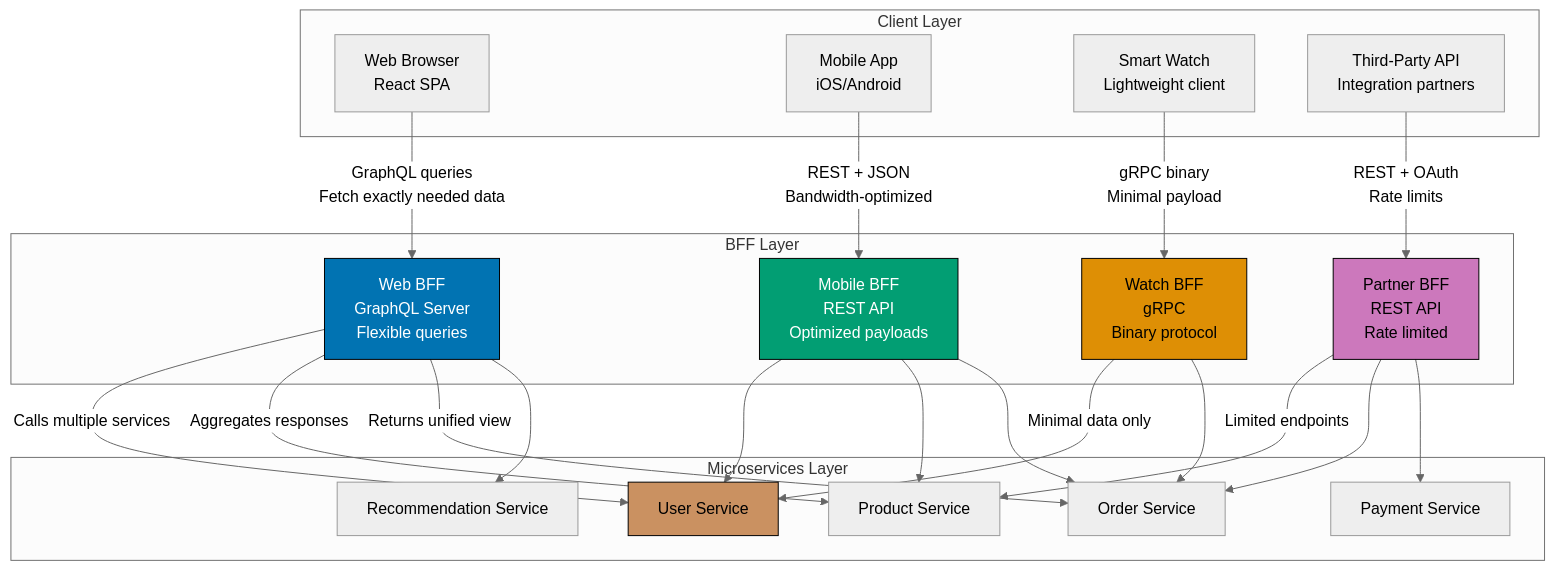
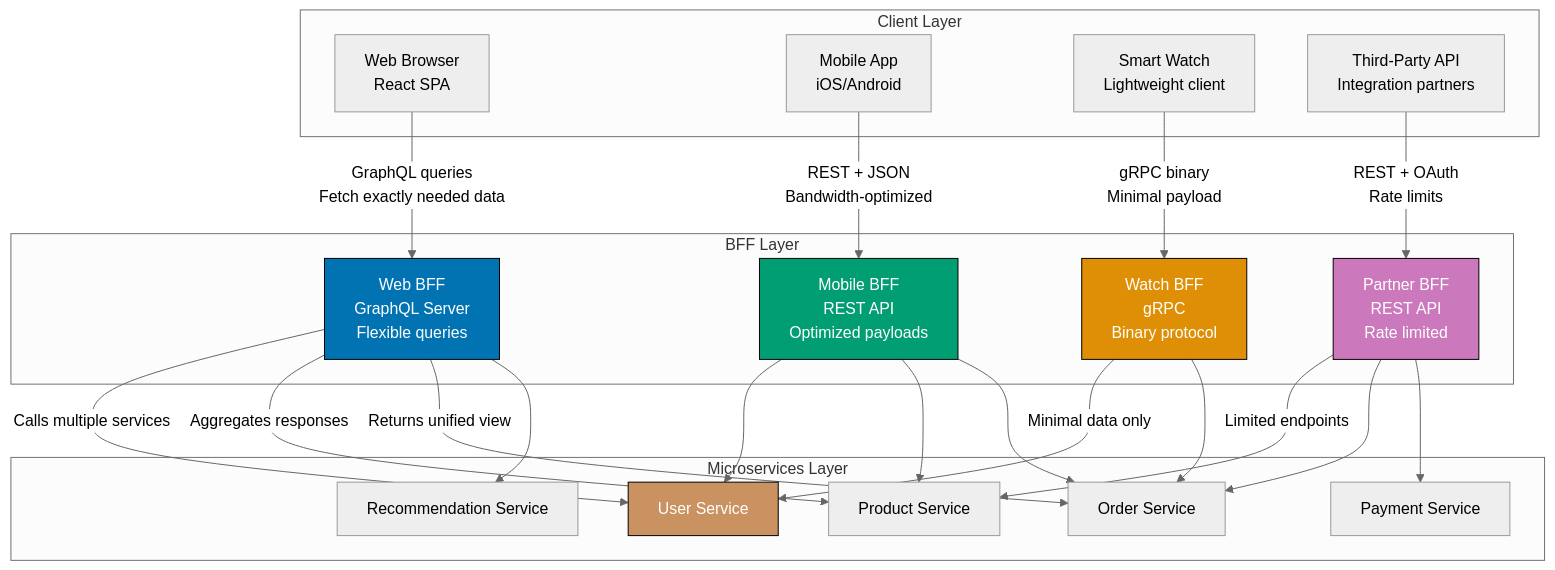
One commit to wahidyankf/open-sharia-enterprise changed diagram 12 of 24 in apps/ayokoding-web/content/en/learn/software-engineering/architecture/c4-architecture-model/by-example/advanced.md. Above: the diagram before and after it, drawn with Mermaid (neutral theme). The commit also changed other lines of this file and 61 other files, not shown here.

First line of the commit message:
fix(ayokoding-web): quote Mermaid node labels with special characters in Example 63

````diff
--- a/apps/ayokoding-web/content/en/learn/software-engineering/architecture/c4-architecture-model/by-example/advanced.md
+++ b/apps/ayokoding-web/content/en/learn/software-engineering/architecture/c4-architecture-model/by-example/advanced.md
@@ -1162,51 +1162,51 @@
 ```mermaid
 graph TD
     subgraph "Client Layer"
         WebBrowser["Web Browser<br/>React SPA"]
         MobileApp["Mobile App<br/>iOS/Android"]
         SmartWatch["Smart Watch<br/>Lightweight client"]
         ThirdPartyAPI["Third-Party API<br/>Integration partners"]
     end
 
     subgraph "BFF Layer"
         WebBFF["Web BFF<br/>GraphQL Server<br/>Flexible queries"]
         MobileBFF["Mobile BFF<br/>REST API<br/>Optimized payloads"]
         WatchBFF["Watch BFF<br/>gRPC<br/>Binary protocol"]
         PartnerBFF["Partner BFF<br/>REST API<br/>Rate limited"]
     end
 
     subgraph "Microservices Layer"
         UserService["User Service"]
         ProductService["Product Service"]
         OrderService["Order Service"]
         RecommendationService["Recommendation Service"]
         PaymentService["Payment Service"]
     end
 
     WebBrowser -->|"GraphQL queries<br/>Fetch exactly needed data"| WebBFF
     MobileApp -->|"REST + JSON<br/>Bandwidth-optimized"| MobileBFF
     SmartWatch -->|"gRPC binary<br/>Minimal payload"| WatchBFF
     ThirdPartyAPI -->|"REST + OAuth<br/>Rate limits"| PartnerBFF
 
     WebBFF -->|"Calls multiple services"| UserService
     WebBFF -->|"Aggregates responses"| ProductService
     WebBFF -->|"Returns unified view"| OrderService
     WebBFF --> RecommendationService
 
     MobileBFF --> UserService
     MobileBFF --> ProductService
     MobileBFF --> OrderService
 
     WatchBFF -->|"Minimal data only"| UserService
     WatchBFF --> OrderService
 
     PartnerBFF -->|"Limited endpoints"| ProductService
     PartnerBFF --> OrderService
     PartnerBFF --> PaymentService
 
     style WebBFF fill:#0173B2,stroke:#000,color:#fff
     style MobileBFF fill:#029E73,stroke:#000,color:#fff
-    style WatchBFF fill:#DE8F05,stroke:#000,color:#000
-    style PartnerBFF fill:#CC78BC,stroke:#000,color:#000
-    style UserService fill:#CA9161,stroke:#000,color:#000
+    style WatchBFF fill:#DE8F05,stroke:#000,color:#fff
+    style PartnerBFF fill:#CC78BC,stroke:#000,color:#fff
+    style UserService fill:#CA9161,stroke:#000,color:#fff
 ```
````
